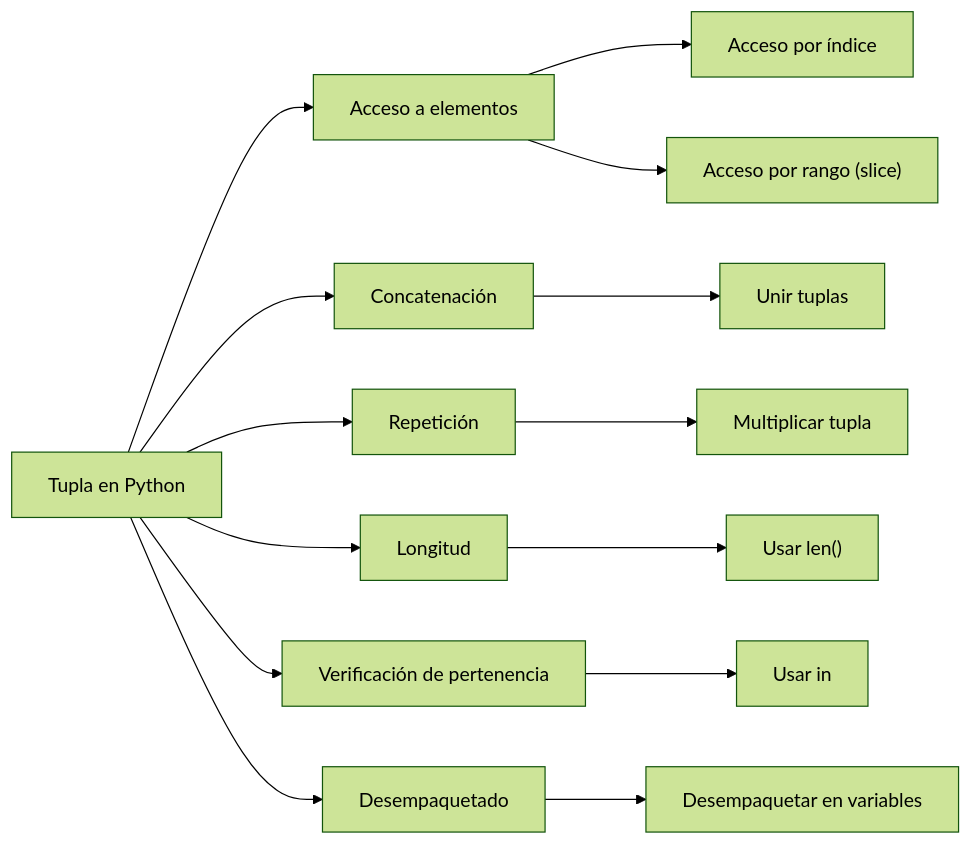
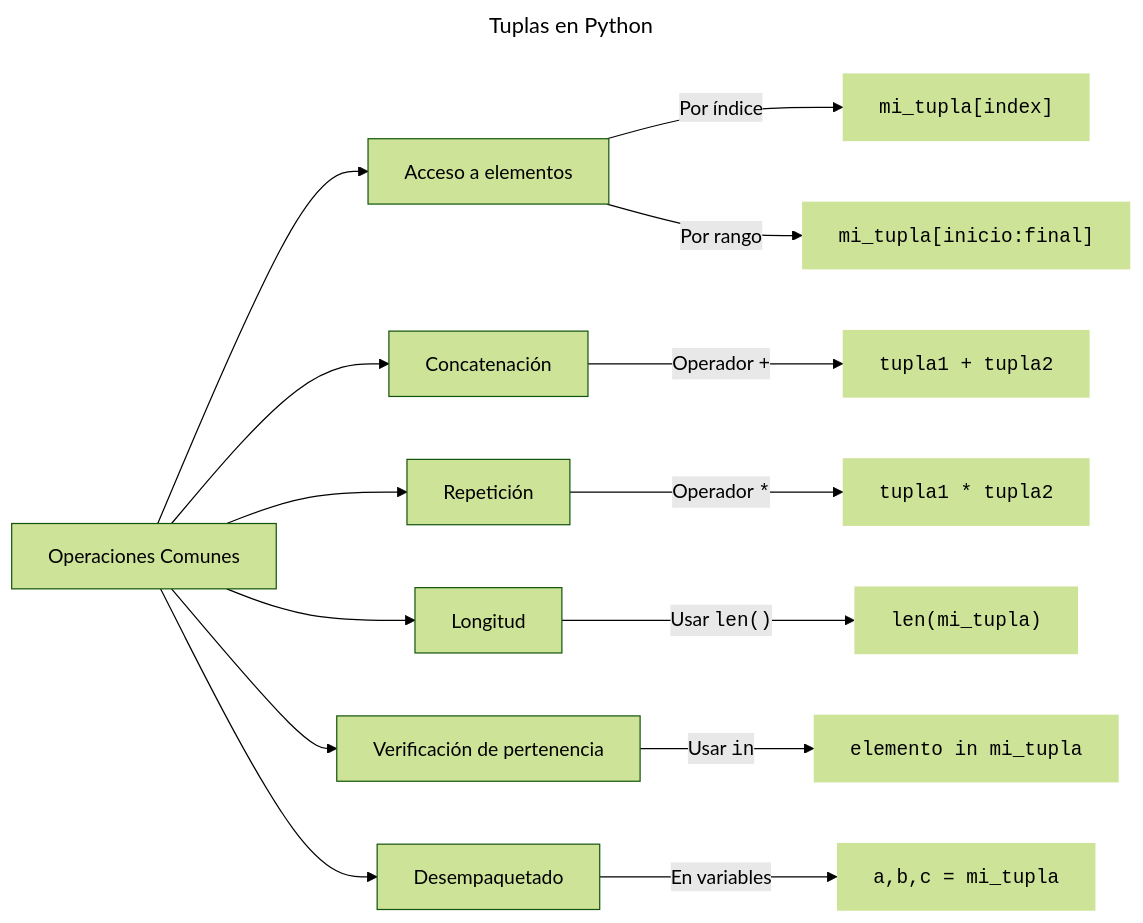
One commit to EniDev911/portfolio_crispy changed the diagram in _posts/lenguajes-de-programacion/python/1-basico/2022-01-06-listas-y-tuplas.md. Above: the diagram before and after it, drawn with Mermaid (forest theme). The commit also changed other lines of this file, not shown here.

Commit message:
up: content

````diff
--- a/_posts/lenguajes-de-programacion/python/1-basico/2022-01-06-listas-y-tuplas.md
+++ b/_posts/lenguajes-de-programacion/python/1-basico/2022-01-06-listas-y-tuplas.md
@@ -156,22 +157,28 @@
 ```mermaid
+---
+title: "Tuplas en Python"
+---
 graph LR;
-    A[Tupla en Python] --> B[Acceso a elementos]
+    A[Operaciones Comunes] --> B[Acceso a elementos]
     A --> C[Concatenación]
     A --> D[Repetición]
     A --> E[Longitud]
     A --> F[Verificación de pertenencia]
     A --> G[Desempaquetado]
     
-    B --> B1[Acceso por índice]
-    B --> B2["Acceso por rango (slice)"]
+    B -- "Por índice" --> B1["<code class='hl'>mi_tupla[index]</code>"]
+    B -- "Por rango" --> B2["<code class='hl'>mi_tupla[inicio:final]</code>"]
     
-    C --> C1[Unir tuplas]
+    C -- "Operador <code>+</code>" --> C1["<code class='hl'>tupla1 + tupla2</code>"]
     
-    D --> D1[Multiplicar tupla]
+    D -- "Operador <code>*</code>" --> D1["<code class='hl'>tupla1 * tupla2</code>"]
     
-    E --> E1["Usar len()"]
+    E -- "Usar <code>len()</code>" --> E1["<code class='hl'>len(mi_tupla)</code>"]
     
-    F --> F1[Usar in]
+    F -- "Usar <code>in</code>" --> F1["<code class='hl'>elemento in mi_tupla</code>"]
     
-    G --> G1[Desempaquetar en variables]
+    G -- "En variables" --> G1["<code class='hl'>a,b,c = mi_tupla</code>"]
+
+    classDef wStroke text-align:left,stroke-width:0;
+    class B1,B2,C1,D1,E1,F1,G1 wStroke;
 ```
````
